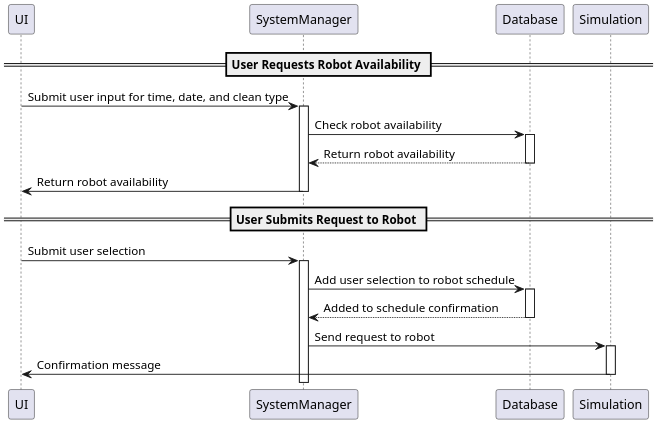
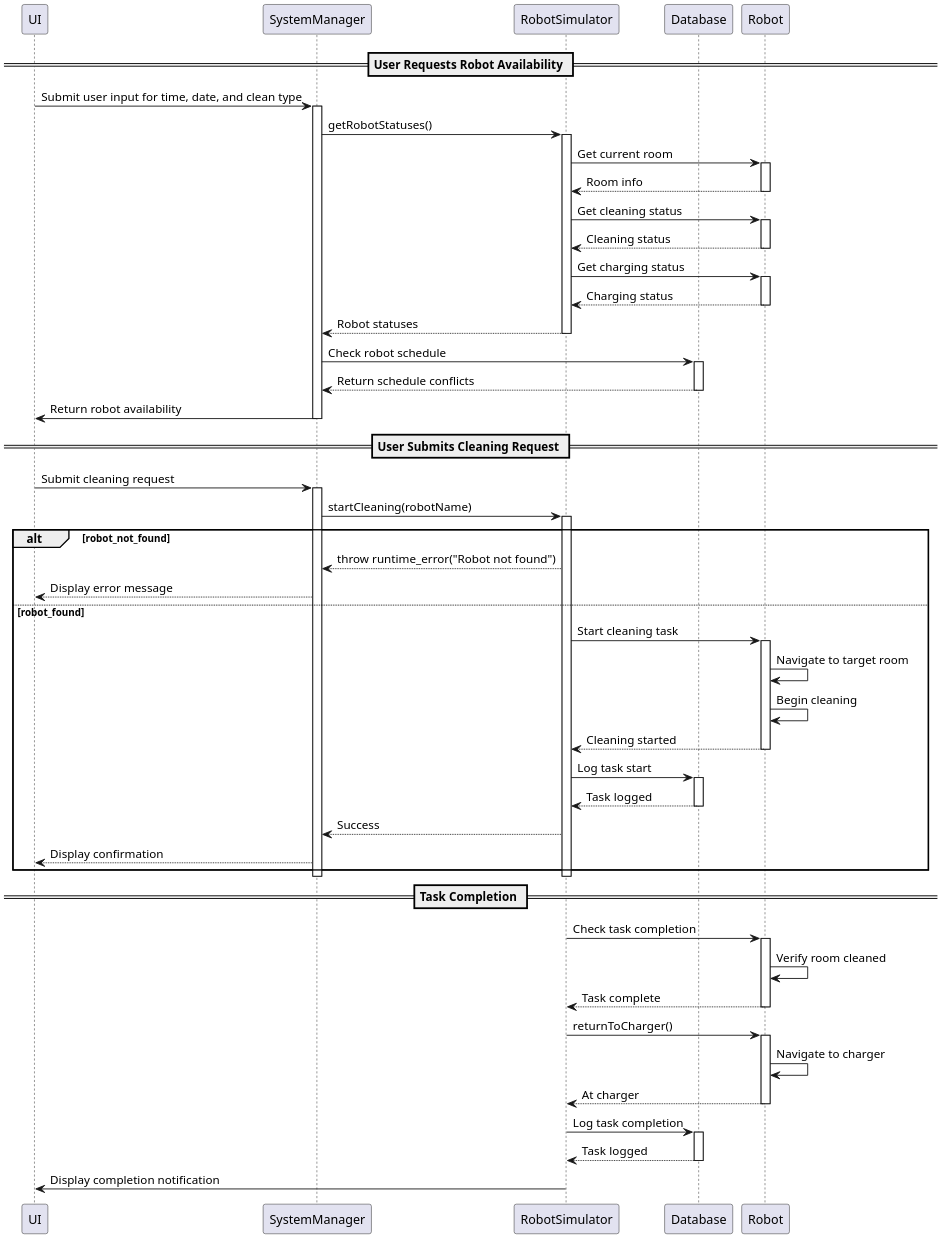
One commit to ur-swe-fa24/main-project-winners-inc changed the diagram in docs/design/SequenceDiagrams/SequenceDiagram_SchedulingTasks.puml. Above: the diagram before and after it, drawn with PlantUML. The commit also changed 19 other files, not shown here.

First line of the commit message:
docs: Update UML diagrams

```diff
--- a/docs/design/SequenceDiagrams/SequenceDiagram_SchedulingTasks.puml
+++ b/docs/design/SequenceDiagrams/SequenceDiagram_SchedulingTasks.puml
@@ -1,39 +1,85 @@
 @startuml SchedulingAndHandlingTasks
 skinparam dpi 200
 skinparam DefaultFontName Inconsolata
 
 ' Declare participants 
 participant UI
 participant SystemManager
+participant RobotSimulator
 participant Database
-participant Simulation
+participant Robot
 
 == User Requests Robot Availability ==
 
 ' User requests preferences and receives availability that most closely matches their input
 UI -> SystemManager : Submit user input for time, date, and clean type
 activate SystemManager
-SystemManager -> Database : Check robot availability
+SystemManager -> RobotSimulator : getRobotStatuses()
+activate RobotSimulator
+RobotSimulator -> Robot : Get current room
+activate Robot
+return Room info
+RobotSimulator -> Robot : Get cleaning status
+activate Robot
+return Cleaning status
+RobotSimulator -> Robot : Get charging status
+activate Robot
+return Charging status
+return Robot statuses
+deactivate RobotSimulator
+
+SystemManager -> Database : Check robot schedule
 activate Database
-return Return robot availability 
+return Return schedule conflicts
 deactivate Database
+
 SystemManager -> UI : Return robot availability
 deactivate SystemManager
 
-
-== User Submits Request to Robot ==
+== User Submits Cleaning Request ==
 
 ' User selects from returned availability and request is submitted
-UI -> SystemManager : Submit user selection
+UI -> SystemManager : Submit cleaning request
 activate SystemManager
-SystemManager -> Database : Add user selection to robot schedule
+SystemManager -> RobotSimulator : startCleaning(robotName)
+activate RobotSimulator
+
+alt robot_not_found
+    RobotSimulator --> SystemManager : throw runtime_error("Robot not found")
+    SystemManager --> UI : Display error message
+else robot_found
+    RobotSimulator -> Robot : Start cleaning task
+    activate Robot
+    Robot -> Robot : Navigate to target room
+    Robot -> Robot : Begin cleaning
+    return Cleaning started
+    RobotSimulator -> Database : Log task start
+    activate Database
+    return Task logged
+    RobotSimulator --> SystemManager : Success
+    SystemManager --> UI : Display confirmation
+end
+
+deactivate RobotSimulator
+deactivate SystemManager
+
+== Task Completion ==
+
+' Robot completes the cleaning task
+RobotSimulator -> Robot : Check task completion
+activate Robot
+Robot -> Robot : Verify room cleaned
+return Task complete
+
+RobotSimulator -> Robot : returnToCharger()
+activate Robot
+Robot -> Robot : Navigate to charger
+return At charger
+
+RobotSimulator -> Database : Log task completion
 activate Database
-return Added to schedule confirmation
-deactivate Database
-SystemManager -> Simulation : Send request to robot
-activate Simulation
-Simulation -> UI : Confirmation message
-deactivate Simulation
-deactivate UI
+return Task logged
+
+RobotSimulator -> UI : Display completion notification
 
 @enduml
```
